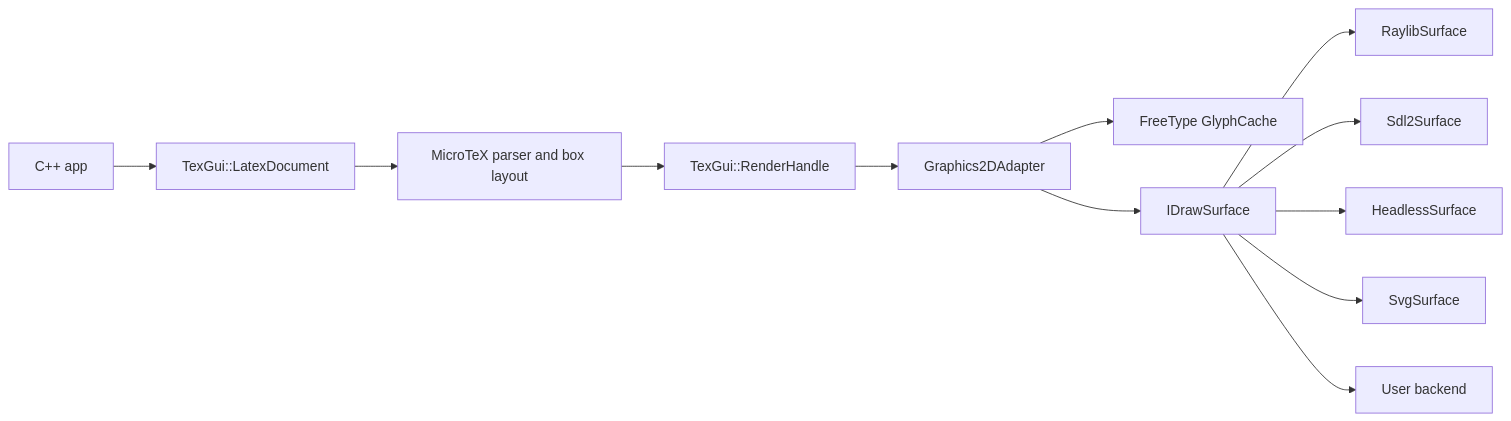
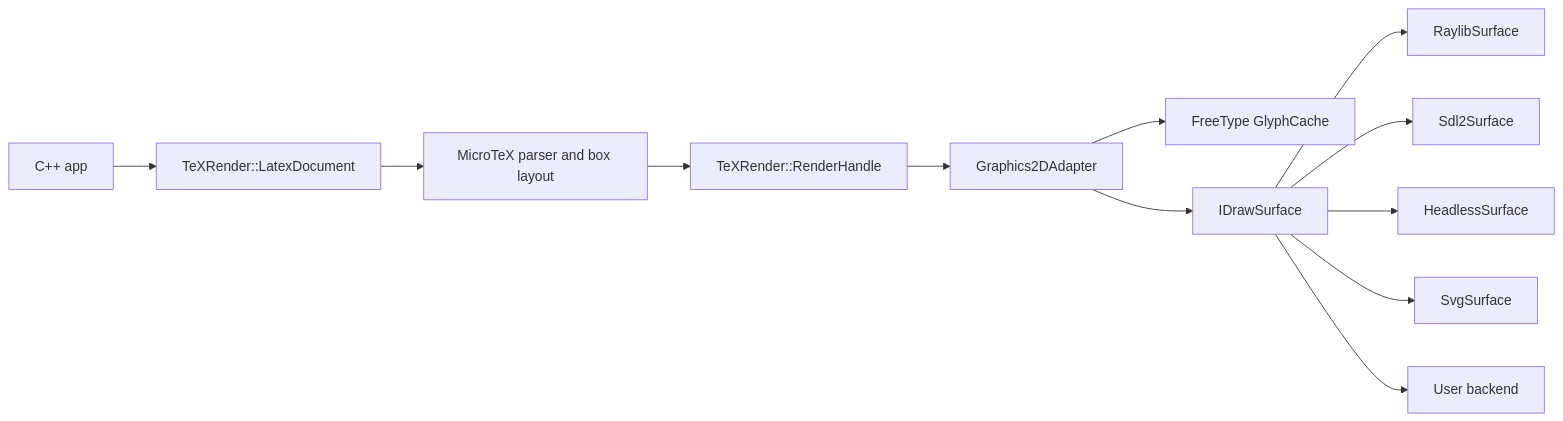
The first of 2 diagrams in docs/architecture.md (nazimaraz/TeXRender), drawn with Mermaid before and after one commit. The commit also changed other lines of this file and 160 other files, not shown here.

````diff
--- a/docs/architecture.md
+++ b/docs/architecture.md
@@ -6,14 +6,14 @@
 ```mermaid
 flowchart LR
-    User["C++ app"] --> Doc["TexGui::LatexDocument"]
+    User["C++ app"] --> Doc["TeXRender::LatexDocument"]
     Doc --> MicroTeX["MicroTeX parser and box layout"]
-    MicroTeX --> Handle["TexGui::RenderHandle"]
+    MicroTeX --> Handle["TeXRender::RenderHandle"]
     Handle --> Adapter["Graphics2DAdapter"]
     Adapter --> Cache["FreeType GlyphCache"]
     Adapter --> Surface["IDrawSurface"]
     Surface --> Raylib["RaylibSurface"]
     Surface --> SDL2["Sdl2Surface"]
     Surface --> Headless["HeadlessSurface"]
     Surface --> Svg["SvgSurface"]
     Surface --> Custom["User backend"]
 ```
````
